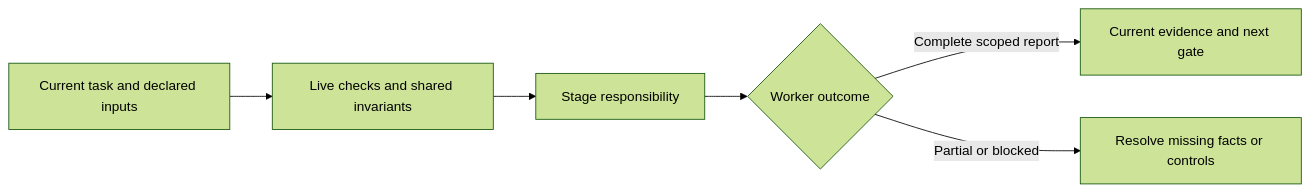
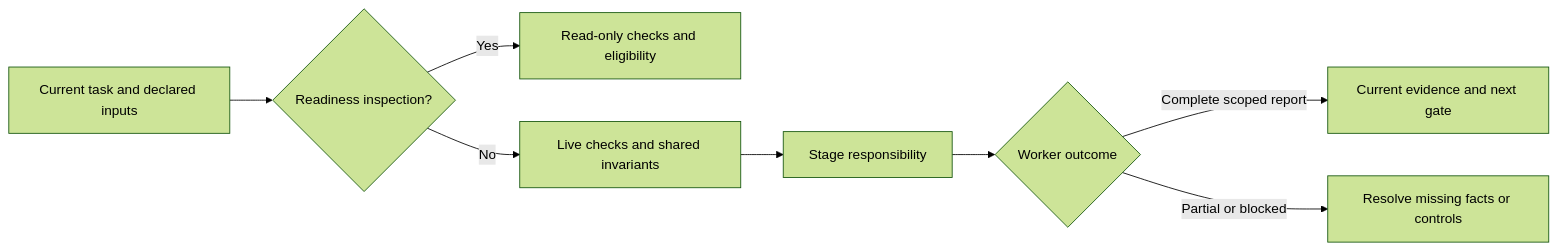
One commit to wgentil/devflow changed the diagram in skills/plan-work/SKILL.md. Above: the diagram before and after it, drawn with Mermaid (forest theme). The commit also changed other lines of this file and 44 other files, not shown here.

````diff
--- a/skills/plan-work/SKILL.md
+++ b/skills/plan-work/SKILL.md
@@ -14,8 +14,10 @@
 ```mermaid
 flowchart LR
-    Scope[Current task and declared inputs] --> Checks[Live checks and shared invariants]
+    Scope[Current task and declared inputs] --> Mode{Readiness inspection?}
+    Mode -->|Yes| Inspect[Read-only checks and eligibility]
+    Mode -->|No| Checks[Live checks and shared invariants]
     Checks --> Work[Stage responsibility]
     Work --> Result{Worker outcome}
     Result -->|Complete scoped report| Evidence[Current evidence and next gate]
     Result -->|Partial or blocked| Recover[Resolve missing facts or controls]
 ```
````
